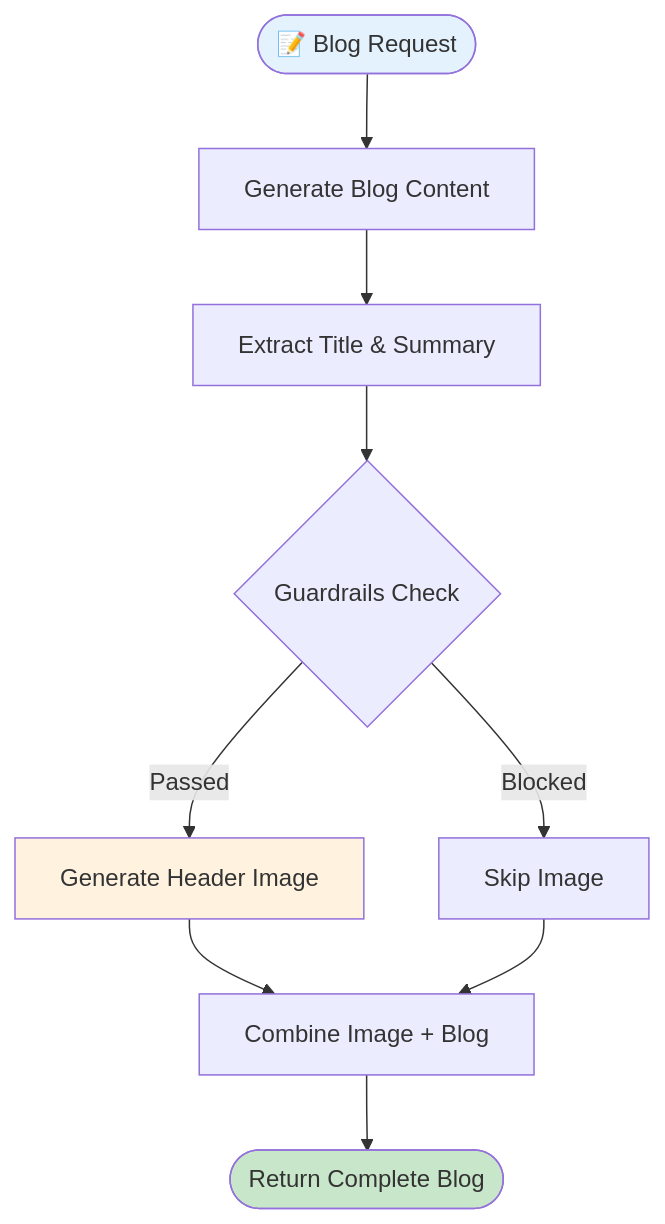
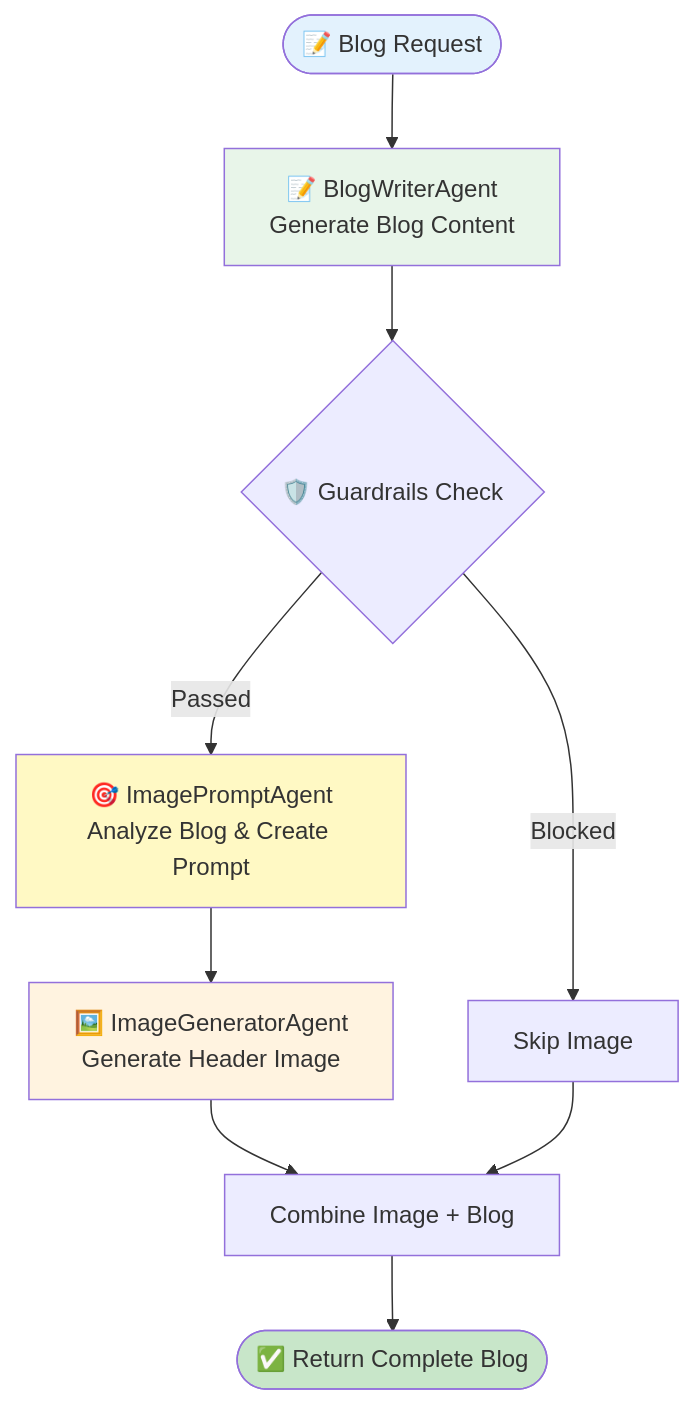
The second of 3 diagrams in docs/langgraph_flowchart.md (jayanthanantharaman/reach), drawn with Mermaid before and after one commit. The commit also changed other lines of this file and 5 other files, not shown here.

Commit message:
REACH - Fix multi image generation issue for blog generator

````diff
--- a/docs/langgraph_flowchart.md
+++ b/docs/langgraph_flowchart.md
@@ -117,15 +117,17 @@
 ```mermaid
 flowchart TD
-    START([📝 Blog Request]) --> WRITE[Generate Blog Content]
-    WRITE --> EXTRACT[Extract Title & Summary]
-    EXTRACT --> CHECK{Guardrails Check}
-    CHECK -->|Passed| GENERATE[Generate Header Image]
+    START([📝 Blog Request]) --> WRITE[📝 BlogWriterAgent<br/>Generate Blog Content]
+    WRITE --> CHECK{🛡️ Guardrails Check}
     CHECK -->|Blocked| SKIP[Skip Image]
+    CHECK -->|Passed| PROMPT[🎯 ImagePromptAgent<br/>Analyze Blog & Create Prompt]
+    PROMPT --> GENERATE[🖼️ ImageGeneratorAgent<br/>Generate Header Image]
     GENERATE --> COMBINE[Combine Image + Blog]
     SKIP --> COMBINE
-    COMBINE --> RETURN([Return Complete Blog])
+    COMBINE --> RETURN([✅ Return Complete Blog])
     
     style START fill:#e3f2fd
+    style WRITE fill:#e8f5e9
+    style PROMPT fill:#fff9c4
     style GENERATE fill:#fff3e0
     style RETURN fill:#c8e6c9
 ```
````
